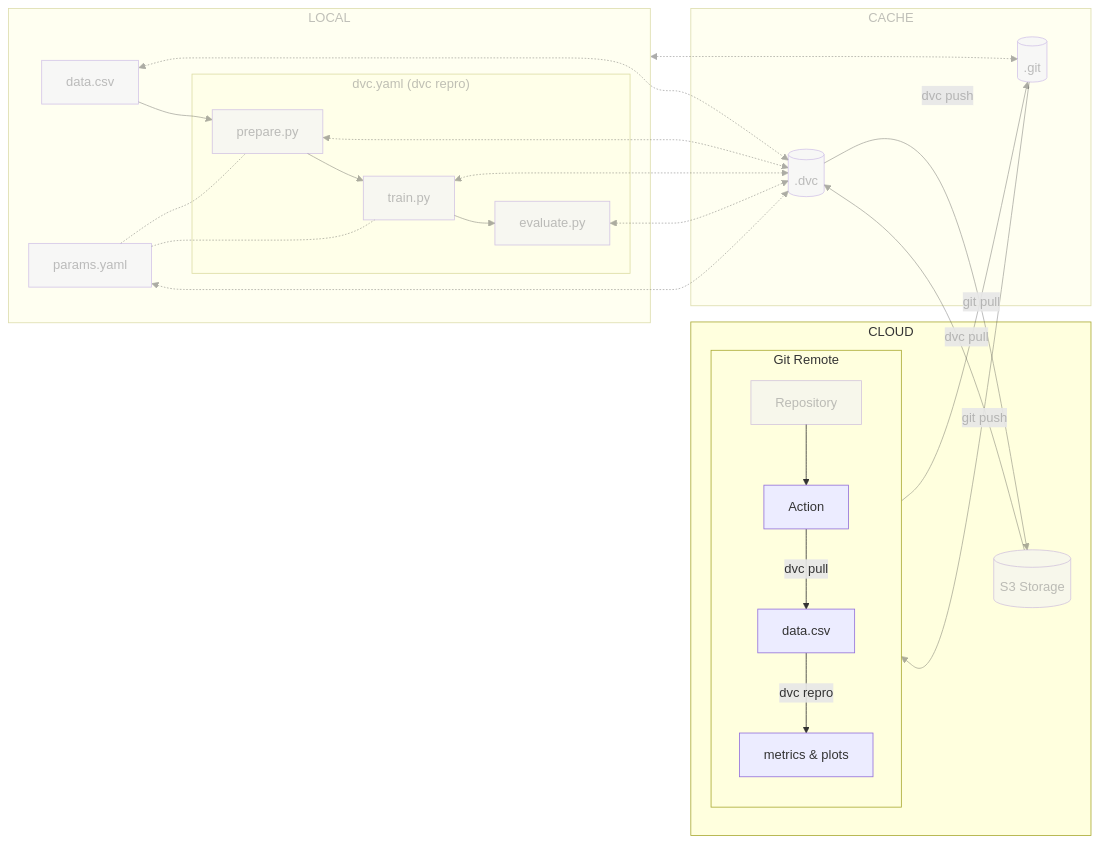
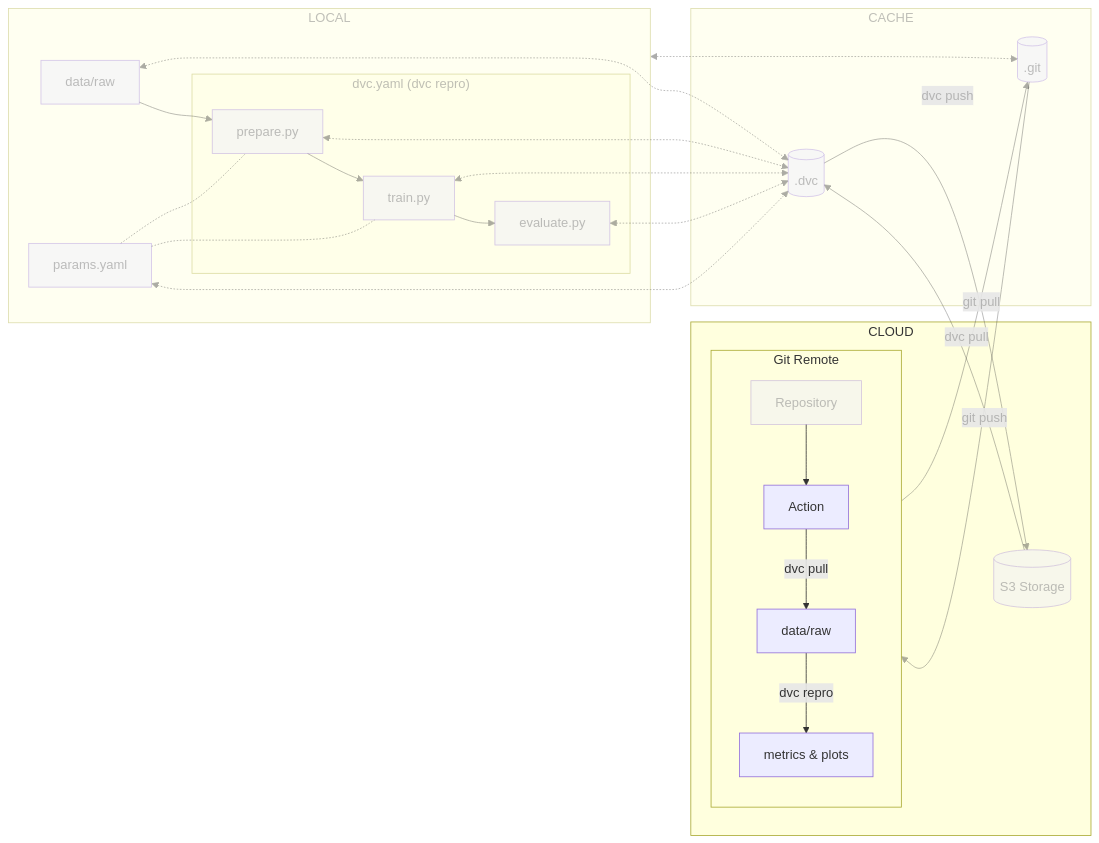
The diagram in docs/part-2-move-to-the-cloud/chapter-8-reproduce-the-ml-experiment-in-a-cicd-pipeline/index.md (swiss-ai-center/a-guide-to-mlops), drawn with Mermaid before and after one commit. The commit also changed 6 other files, not shown here.

Commit message:
Refactor mermaid data name

````diff
--- a/docs/part-2-move-to-the-cloud/chapter-8-reproduce-the-ml-experiment-in-a-cicd-pipeline/index.md
+++ b/docs/part-2-move-to-the-cloud/chapter-8-reproduce-the-ml-experiment-in-a-cicd-pipeline/index.md
@@ -27,61 +27,61 @@
 ```mermaid
 flowchart LR
     dot_dvc[(.dvc)] -->|dvc push| s3_storage[(S3 Storage)]
     s3_storage -->|dvc pull| dot_dvc
     dot_git[(.git)] -->|git push| gitGraph[Git Remote]
     gitGraph -->|git pull| dot_git
     localGraph <-....-> dot_git
-    data[data.csv] <-.-> dot_dvc
+    data[data/raw] <-.-> dot_dvc
     subgraph cloudGraph[CLOUD]
         s3_storage
         subgraph gitGraph[Git Remote]
             repository[Repository] --> action[Action]
-            action -->|dvc pull| action_data[data.csv]
+            action -->|dvc pull| action_data[data/raw]
             action_data -->|dvc repro| action_out[metrics & plots]
         end
     end
     subgraph cacheGraph[CACHE]
         dot_dvc
         dot_git
     end
     subgraph localGraph[LOCAL]
         prepare[prepare.py] <-.-> dot_dvc
         train[train.py] <-.-> dot_dvc
         evaluate[evaluate.py] <-.-> dot_dvc
         data --> prepare
         subgraph dvcGraph["dvc.yaml (dvc repro)"]
             prepare --> train
             train --> evaluate
         end
         params[params.yaml] -.- prepare
         params -.- train
         params <-.-> dot_dvc
     end
     style cacheGraph opacity:0.4,color:#7f7f7f80
     style localGraph opacity:0.4,color:#7f7f7f80
     style dot_git opacity:0.4,color:#7f7f7f80
     style dot_dvc opacity:0.4,color:#7f7f7f80
     style data opacity:0.4,color:#7f7f7f80
     style prepare opacity:0.4,color:#7f7f7f80
     style params opacity:0.4,color:#7f7f7f80
     style train opacity:0.4,color:#7f7f7f80
     style evaluate opacity:0.4,color:#7f7f7f80
     style dvcGraph opacity:0.4,color:#7f7f7f80
     style s3_storage opacity:0.4,color:#7f7f7f80
     style repository opacity:0.4,color:#7f7f7f80
     linkStyle 0 opacity:0.4,color:#7f7f7f80
     linkStyle 1 opacity:0.4,color:#7f7f7f80
     linkStyle 2 opacity:0.4,color:#7f7f7f80
     linkStyle 3 opacity:0.4,color:#7f7f7f80
     linkStyle 4 opacity:0.4,color:#7f7f7f80
     linkStyle 5 opacity:0.4,color:#7f7f7f80
     linkStyle 9 opacity:0.4,color:#7f7f7f80
     linkStyle 10 opacity:0.4,color:#7f7f7f80
     linkStyle 11 opacity:0.4,color:#7f7f7f80
     linkStyle 12 opacity:0.4,color:#7f7f7f80
     linkStyle 13 opacity:0.4,color:#7f7f7f80
     linkStyle 14 opacity:0.4,color:#7f7f7f80
     linkStyle 15 opacity:0.4,color:#7f7f7f80
     linkStyle 16 opacity:0.4,color:#7f7f7f80
     linkStyle 17 opacity:0.4,color:#7f7f7f80
 ```
````
